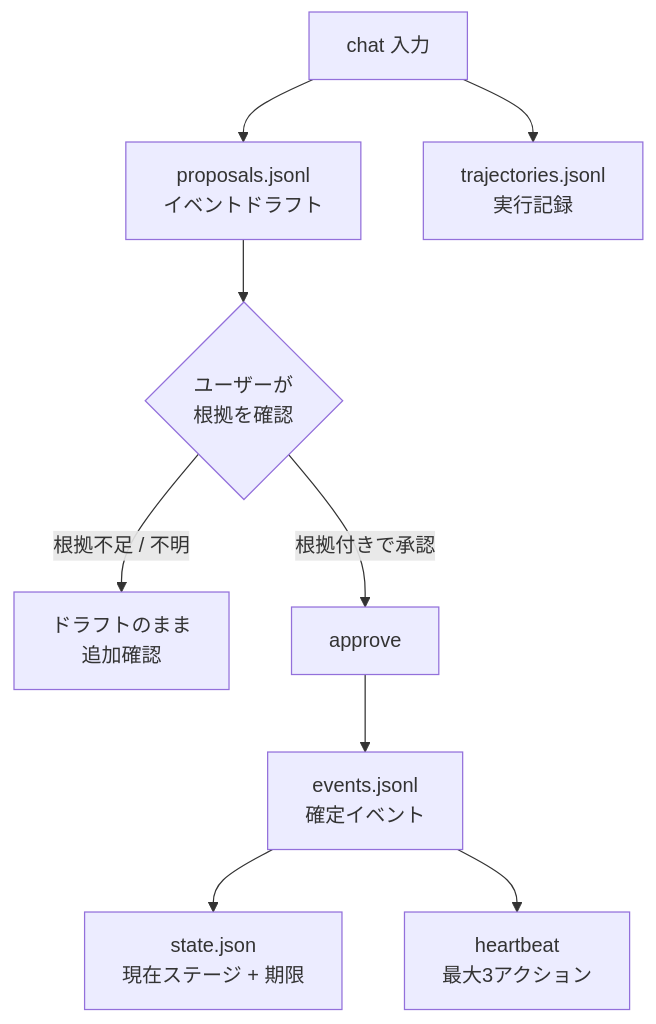
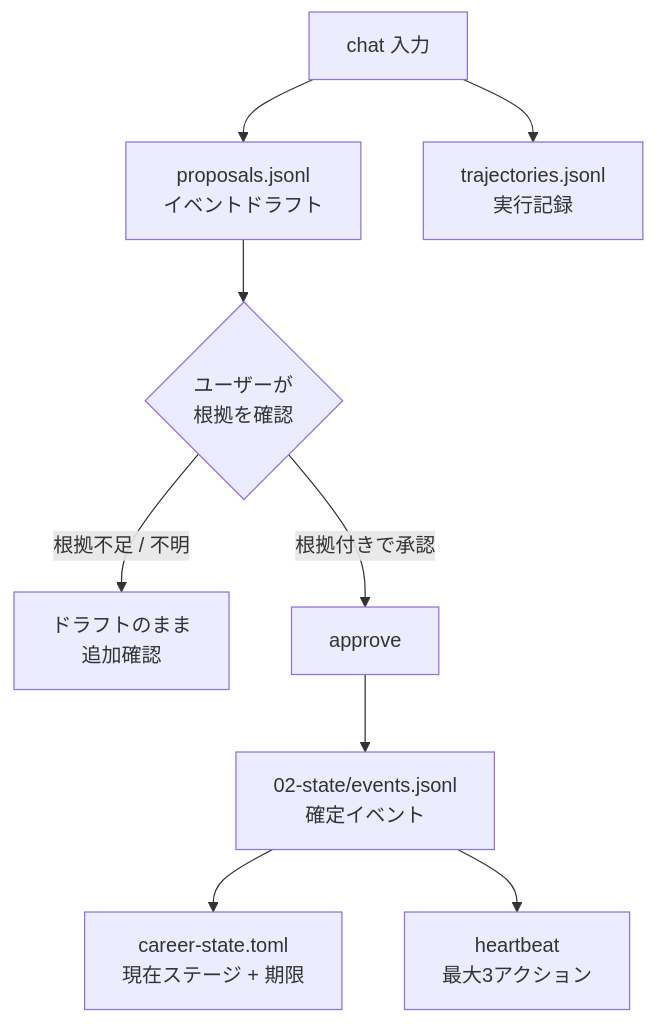
Before and after one commit to younnieCutler/japan-career-agent: the second of 4 diagrams in README_ja.md, drawn with Mermaid. The commit also changed other lines of this file and 13 other files, not shown here.

````diff
--- a/README_ja.md
+++ b/README_ja.md
@@ -144,11 +173,11 @@
 ```mermaid
 flowchart TB
     C["chat 入力"] --> Q["proposals.jsonl<br/>イベントドラフト"]
     Q --> R{"ユーザーが<br/>根拠を確認"}
     R -->|根拠不足 / 不明| X["ドラフトのまま<br/>追加確認"]
     R -->|根拠付きで承認| A["approve"]
-    A --> E["events.jsonl<br/>確定イベント"]
-    E --> S["state.json<br/>現在ステージ + 期限"]
+    A --> E["02-state/events.jsonl<br/>確定イベント"]
+    E --> S["career-state.toml<br/>現在ステージ + 期限"]
     E --> H["heartbeat<br/>最大3アクション"]
     C --> T["trajectories.jsonl<br/>実行記録"]
 ```
````
